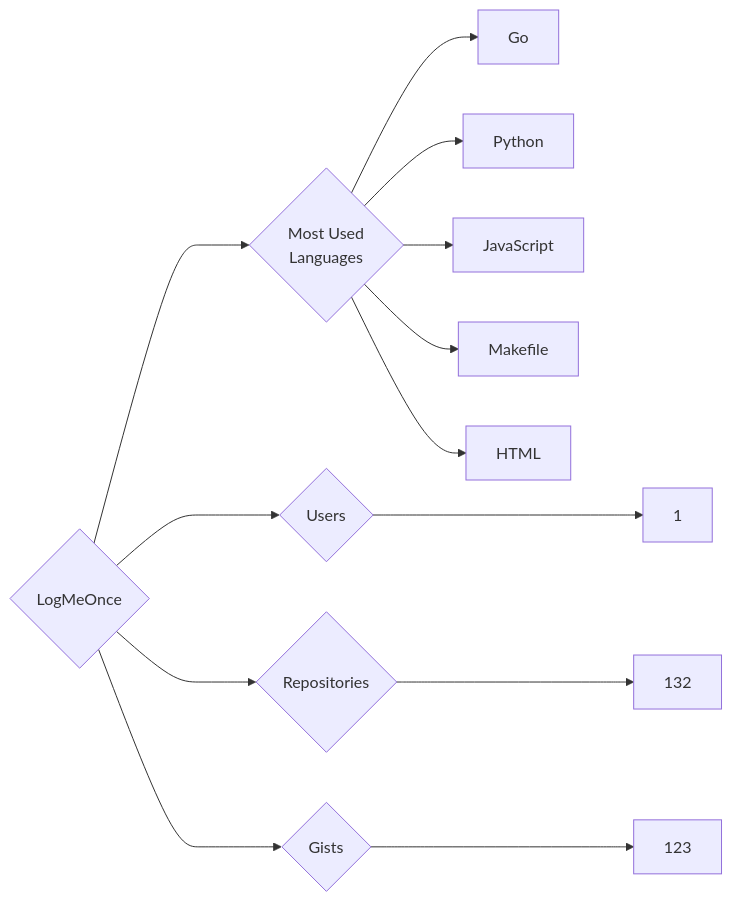
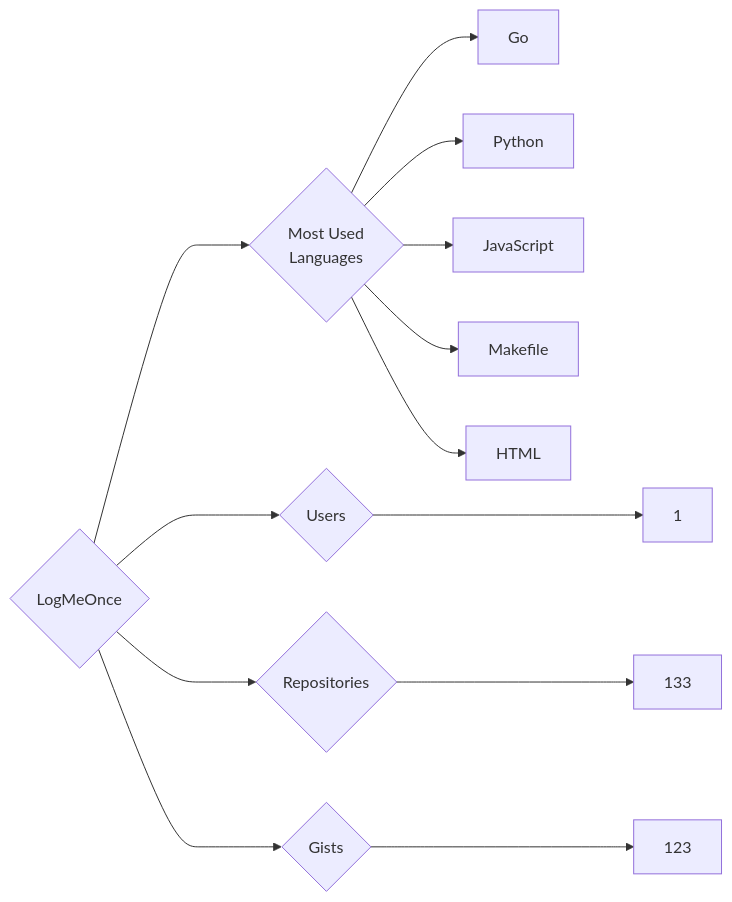
One commit to trickest/insiders changed the diagram in targets/LogMeOnce/README.md. Above: the diagram before and after it, drawn with Mermaid. The commit also changed 809 other files, not shown here.

````diff
--- a/targets/LogMeOnce/README.md
+++ b/targets/LogMeOnce/README.md
@@ -3,13 +3,13 @@
 ```mermaid
 graph LR
 COMPANY_NAME{LogMeOnce}
 COMPANY_NAME ---> U{Users} ---> UN[1]
-COMPANY_NAME ---> R{Repositories} ---> RN[132]
+COMPANY_NAME ---> R{Repositories} ---> RN[133]
 COMPANY_NAME ---> G{Gists} ---> GN[123]
 COMPANY_NAME ---> ML{Most Used<br>Languages}
 ML --> Go[Go]
 ML --> Python[Python]
 ML --> JavaScript[JavaScript]
 ML --> Makefile[Makefile]
 ML --> HTML[HTML]
 ```
````
